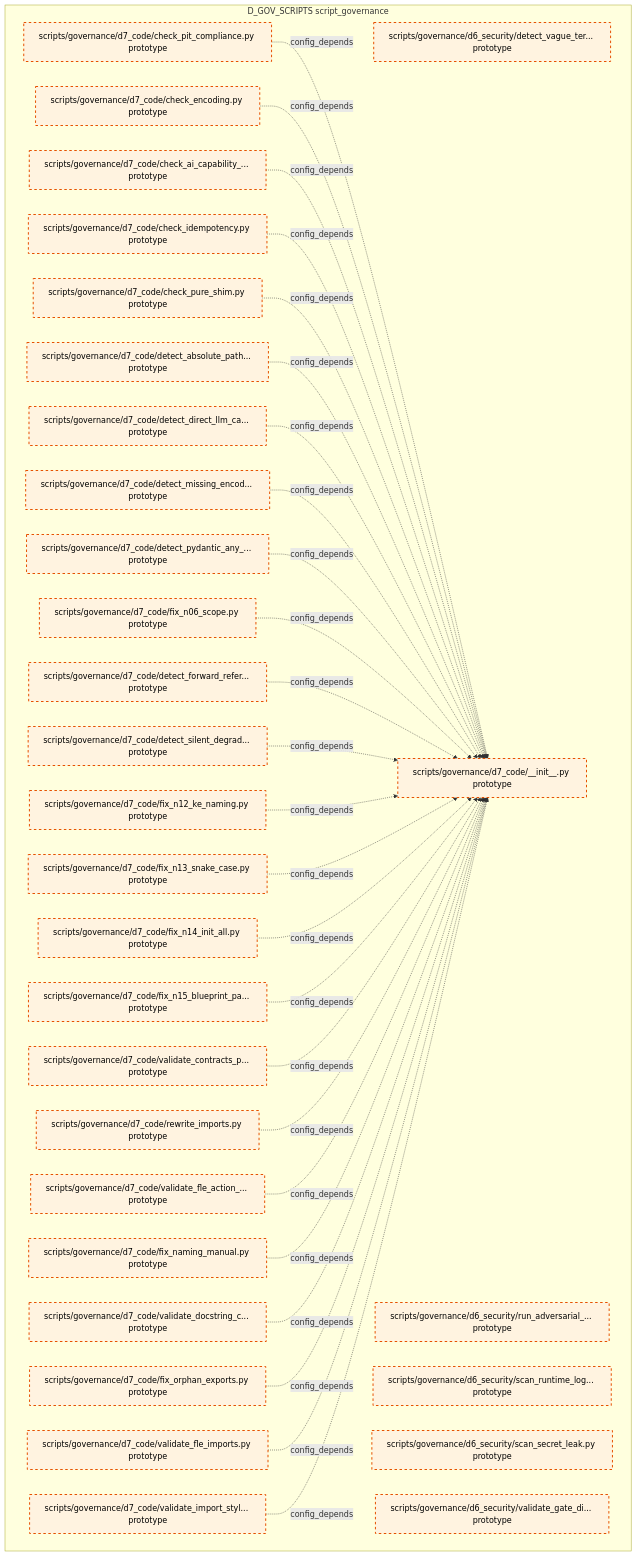
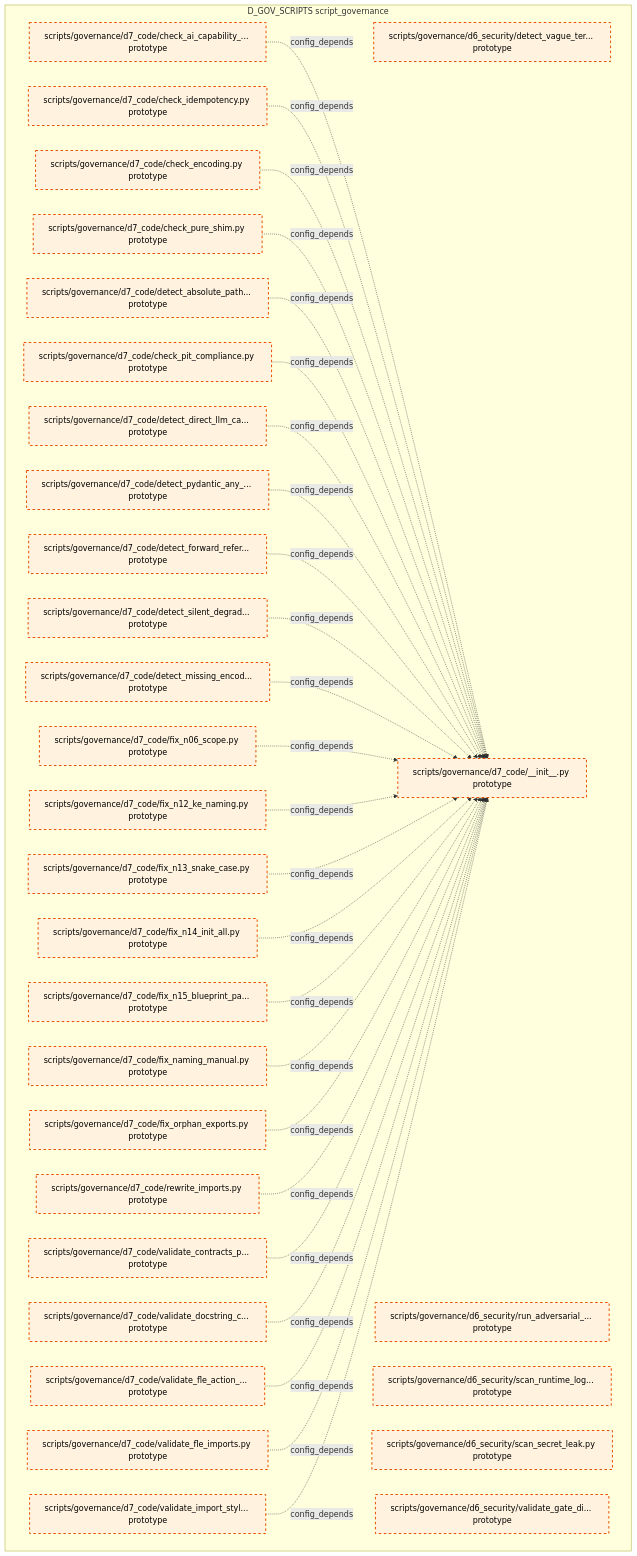
Before and after one commit to xuanFelixVan/ZephyrAlpha: the tenth of 15 diagrams in docs/02_enterprise_architecture/02_domain_architecture_docs/36_d_gov_scripts.md, drawn with Mermaid. The commit also changed other lines of this file and 99 other files, not shown here.

````diff
--- a/docs/02_enterprise_architecture/02_domain_architecture_docs/36_d_gov_scripts.md
+++ b/docs/02_enterprise_architecture/02_domain_architecture_docs/36_d_gov_scripts.md
@@ -696,64 +695,64 @@
 ```mermaid
 graph TD
     subgraph D_GOV_SCRIPTS["D_GOV_SCRIPTS script_governance"]
         scripts_governance_d6_security_detect_vague_terms_py["scripts/governance/d6_security/detect_vague_ter... prototype"]
         scripts_governance_d6_security_run_adversarial_checks_py["scripts/governance/d6_security/run_adversarial_... prototype"]
         scripts_governance_d6_security_scan_runtime_log_secrets_py["scripts/governance/d6_security/scan_runtime_log... prototype"]
         scripts_governance_d6_security_scan_secret_leak_py["scripts/governance/d6_security/scan_secret_leak.py prototype"]
         scripts_governance_d6_security_validate_gate_discipline_py["scripts/governance/d6_security/validate_gate_di... prototype"]
         scripts_governance_d7_code_init_py["scripts/governance/d7_code/__init__.py prototype"]
         scripts_governance_d7_code_check_ai_capability_boundary_py["scripts/governance/d7_code/check_ai_capability_... prototype"]
         scripts_governance_d7_code_check_encoding_py["scripts/governance/d7_code/check_encoding.py prototype"]
         scripts_governance_d7_code_check_idempotency_py["scripts/governance/d7_code/check_idempotency.py prototype"]
         scripts_governance_d7_code_check_pit_compliance_py["scripts/governance/d7_code/check_pit_compliance.py prototype"]
         scripts_governance_d7_code_check_pure_shim_py["scripts/governance/d7_code/check_pure_shim.py prototype"]
         scripts_governance_d7_code_detect_absolute_path_hardcoding_py["scripts/governance/d7_code/detect_absolute_path... prototype"]
         scripts_governance_d7_code_detect_direct_llm_calls_py["scripts/governance/d7_code/detect_direct_llm_ca... prototype"]
         scripts_governance_d7_code_detect_forward_reference_py["scripts/governance/d7_code/detect_forward_refer... prototype"]
         scripts_governance_d7_code_detect_missing_encoding_py["scripts/governance/d7_code/detect_missing_encod... prototype"]
         scripts_governance_d7_code_detect_pydantic_any_fields_py["scripts/governance/d7_code/detect_pydantic_any_... prototype"]
         scripts_governance_d7_code_detect_silent_degradation_py["scripts/governance/d7_code/detect_silent_degrad... prototype"]
         scripts_governance_d7_code_fix_n06_scope_py["scripts/governance/d7_code/fix_n06_scope.py prototype"]
         scripts_governance_d7_code_fix_n12_ke_naming_py["scripts/governance/d7_code/fix_n12_ke_naming.py prototype"]
         scripts_governance_d7_code_fix_n13_snake_case_py["scripts/governance/d7_code/fix_n13_snake_case.py prototype"]
         scripts_governance_d7_code_fix_n14_init_all_py["scripts/governance/d7_code/fix_n14_init_all.py prototype"]
         scripts_governance_d7_code_fix_n15_blueprint_path_py["scripts/governance/d7_code/fix_n15_blueprint_pa... prototype"]
         scripts_governance_d7_code_fix_naming_manual_py["scripts/governance/d7_code/fix_naming_manual.py prototype"]
         scripts_governance_d7_code_fix_orphan_exports_py["scripts/governance/d7_code/fix_orphan_exports.py prototype"]
         scripts_governance_d7_code_rewrite_imports_py["scripts/governance/d7_code/rewrite_imports.py prototype"]
         scripts_governance_d7_code_validate_contracts_purity_py["scripts/governance/d7_code/validate_contracts_p... prototype"]
         scripts_governance_d7_code_validate_docstring_coverage_py["scripts/governance/d7_code/validate_docstring_c... prototype"]
         scripts_governance_d7_code_validate_fle_action_metadata_py["scripts/governance/d7_code/validate_fle_action_... prototype"]
         scripts_governance_d7_code_validate_fle_imports_py["scripts/governance/d7_code/validate_fle_imports.py prototype"]
         scripts_governance_d7_code_validate_import_style_py["scripts/governance/d7_code/validate_import_styl... prototype"]
     end
-    scripts_governance_d7_code_check_pit_compliance_py -.->|config_depends| scripts_governance_d7_code_init_py
-    scripts_governance_d7_code_check_encoding_py -.->|config_depends| scripts_governance_d7_code_init_py
     scripts_governance_d7_code_check_ai_capability_boundary_py -.->|config_depends| scripts_governance_d7_code_init_py
     scripts_governance_d7_code_check_idempotency_py -.->|config_depends| scripts_governance_d7_code_init_py
+    scripts_governance_d7_code_check_encoding_py -.->|config_depends| scripts_governance_d7_code_init_py
     scripts_governance_d7_code_check_pure_shim_py -.->|config_depends| scripts_governance_d7_code_init_py
     scripts_governance_d7_code_detect_absolute_path_hardcoding_py -.->|config_depends| scripts_governance_d7_code_init_py
+    scripts_governance_d7_code_check_pit_compliance_py -.->|config_depends| scripts_governance_d7_code_init_py
     scripts_governance_d7_code_detect_direct_llm_calls_py -.->|config_depends| scripts_governance_d7_code_init_py
-    scripts_governance_d7_code_detect_missing_encoding_py -.->|config_depends| scripts_governance_d7_code_init_py
     scripts_governance_d7_code_detect_pydantic_any_fields_py -.->|config_depends| scripts_governance_d7_code_init_py
-    scripts_governance_d7_code_fix_n06_scope_py -.->|config_depends| scripts_governance_d7_code_init_py
     scripts_governance_d7_code_detect_forward_reference_py -.->|config_depends| scripts_governance_d7_code_init_py
     scripts_governance_d7_code_detect_silent_degradation_py -.->|config_depends| scripts_governance_d7_code_init_py
+    scripts_governance_d7_code_detect_missing_encoding_py -.->|config_depends| scripts_governance_d7_code_init_py
+    scripts_governance_d7_code_fix_n06_scope_py -.->|config_depends| scripts_governance_d7_code_init_py
     scripts_governance_d7_code_fix_n12_ke_naming_py -.->|config_depends| scripts_governance_d7_code_init_py
     scripts_governance_d7_code_fix_n13_snake_case_py -.->|config_depends| scripts_governance_d7_code_init_py
     scripts_governance_d7_code_fix_n14_init_all_py -.->|config_depends| scripts_governance_d7_code_init_py
     scripts_governance_d7_code_fix_n15_blueprint_path_py -.->|config_depends| scripts_governance_d7_code_init_py
+    scripts_governance_d7_code_fix_naming_manual_py -.->|config_depends| scripts_governance_d7_code_init_py
+    scripts_governance_d7_code_fix_orphan_exports_py -.->|config_depends| scripts_governance_d7_code_init_py
+    scripts_governance_d7_code_rewrite_imports_py -.->|config_depends| scripts_governance_d7_code_init_py
     scripts_governance_d7_code_validate_contracts_purity_py -.->|config_depends| scripts_governance_d7_code_init_py
-    scripts_governance_d7_code_rewrite_imports_py -.->|config_depends| scripts_governance_d7_code_init_py
+    scripts_governance_d7_code_validate_docstring_coverage_py -.->|config_depends| scripts_governance_d7_code_init_py
     scripts_governance_d7_code_validate_fle_action_metadata_py -.->|config_depends| scripts_governance_d7_code_init_py
-    scripts_governance_d7_code_fix_naming_manual_py -.->|config_depends| scripts_governance_d7_code_init_py
-    scripts_governance_d7_code_validate_docstring_coverage_py -.->|config_depends| scripts_governance_d7_code_init_py
-    scripts_governance_d7_code_fix_orphan_exports_py -.->|config_depends| scripts_governance_d7_code_init_py
     scripts_governance_d7_code_validate_fle_imports_py -.->|config_depends| scripts_governance_d7_code_init_py
     scripts_governance_d7_code_validate_import_style_py -.->|config_depends| scripts_governance_d7_code_init_py
     classDef production fill:#e1f5fe,stroke:#01579b,stroke-width:2px,color:#000
     classDef design fill:#fff3e0,stroke:#e65100,stroke-width:2px,color:#000,stroke-dasharray: 5 5
     classDef external_prod fill:#e8f5e9,stroke:#1b5e20,stroke-width:1px,color:#000
     classDef external_design fill:#fce4ec,stroke:#880e4f,stroke-width:1px,color:#000,stroke-dasharray: 5 5
     class scripts_governance_d6_security_detect_vague_terms_py,scripts_governance_d6_security_run_adversarial_checks_py,scripts_governance_d6_security_scan_runtime_log_secrets_py,scripts_governance_d6_security_scan_secret_leak_py,scripts_governance_d6_security_validate_gate_discipline_py,scripts_governance_d7_code_init_py,scripts_governance_d7_code_check_ai_capability_boundary_py,scripts_governance_d7_code_check_encoding_py,scripts_governance_d7_code_check_idempotency_py,scripts_governance_d7_code_check_pit_compliance_py,scripts_governance_d7_code_check_pure_shim_py,scripts_governance_d7_code_detect_absolute_path_hardcoding_py,scripts_governance_d7_code_detect_direct_llm_calls_py,scripts_governance_d7_code_detect_forward_reference_py,scripts_governance_d7_code_detect_missing_encoding_py,scripts_governance_d7_code_detect_pydantic_any_fields_py,scripts_governance_d7_code_detect_silent_degradation_py,scripts_governance_d7_code_fix_n06_scope_py,scripts_governance_d7_code_fix_n12_ke_naming_py,scripts_governance_d7_code_fix_n13_snake_case_py,scripts_governance_d7_code_fix_n14_init_all_py,scripts_governance_d7_code_fix_n15_blueprint_path_py,scripts_governance_d7_code_fix_naming_manual_py,scripts_governance_d7_code_fix_orphan_exports_py,scripts_governance_d7_code_rewrite_imports_py,scripts_governance_d7_code_validate_contracts_purity_py,scripts_governance_d7_code_validate_docstring_coverage_py,scripts_governance_d7_code_validate_fle_action_metadata_py,scripts_governance_d7_code_validate_fle_imports_py,scripts_governance_d7_code_validate_import_style_py design
 ```
````
